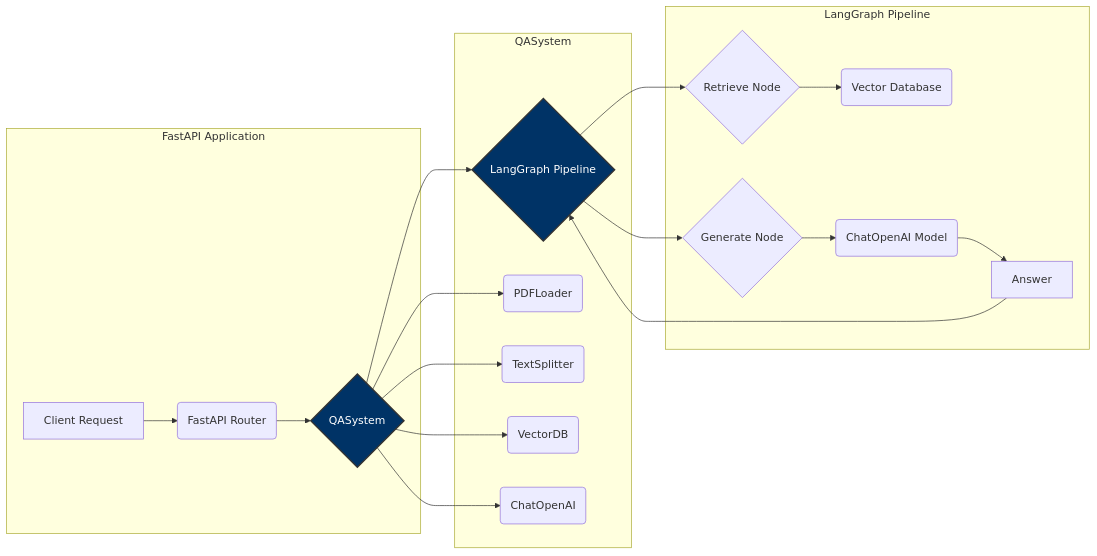
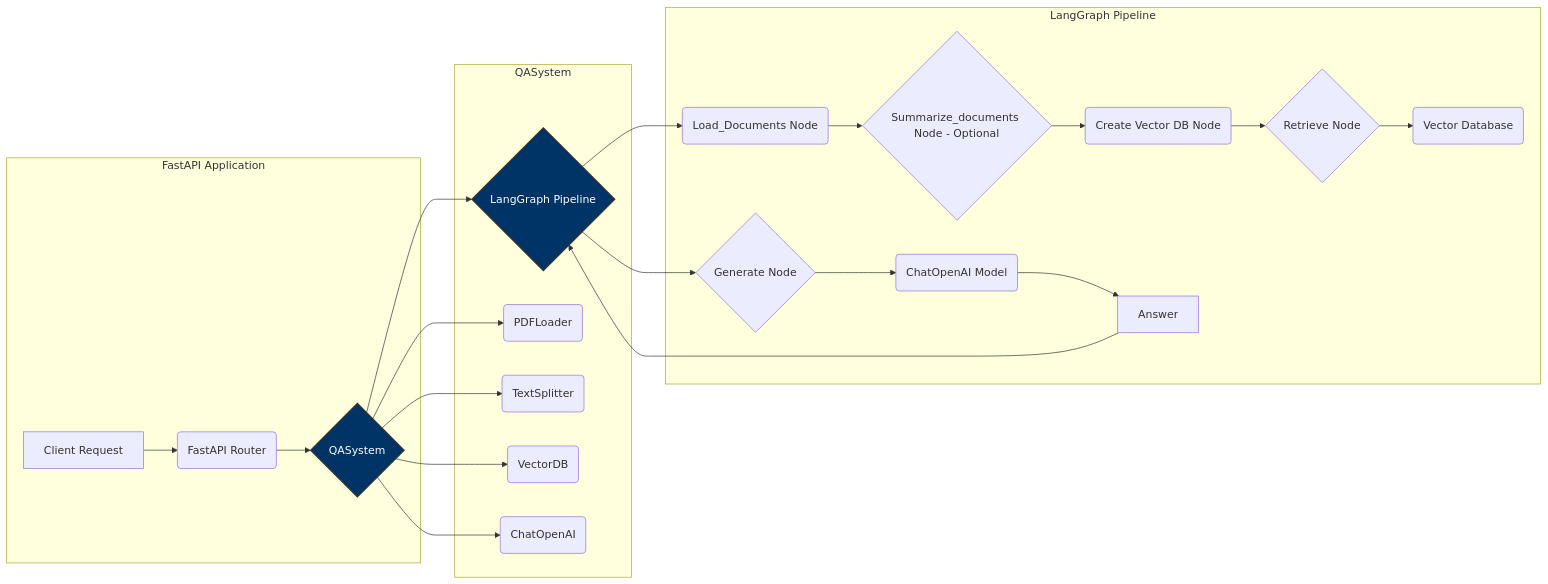
One commit to makkarss929/Zania_QA_API-langGraph changed the first of 2 diagrams in README.md. Above: the diagram before and after it, drawn with Mermaid. The commit also changed other lines of this file and 2 other files, not shown here.

````diff
--- a/README.md
+++ b/README.md
@@ -7,27 +7,30 @@
 ```mermaid
 graph LR
     subgraph "FastAPI Application"
         A[Client Request] --> B(FastAPI Router);
         B --> C{QASystem};
     end
 
     subgraph "QASystem"
         C --> D{LangGraph Pipeline};
         C --> E(PDFLoader);
         C --> F(TextSplitter);
         C --> G(VectorDB);
         C --> H(ChatOpenAI);
     end
 
     subgraph "LangGraph Pipeline"
-        D --> I{Retrieve Node};
+        D --> N(Load_Documents Node)
+        N --> O{Summarize_documents Node - Optional};
+        O --> P(Create Vector DB Node)
+        P --> I{Retrieve Node};
         I --> J(Vector Database);
         D --> K{Generate Node};
         K --> L(ChatOpenAI Model);
         L --> M[Answer];
         M --> D;
     end
 
     style C fill: #003366, stroke: #333, stroke-width: 2px, color: #FFFFFF
     style D fill: #003366, stroke: #333, stroke-width: 2px, color: #FFFFFF
 ```
````
